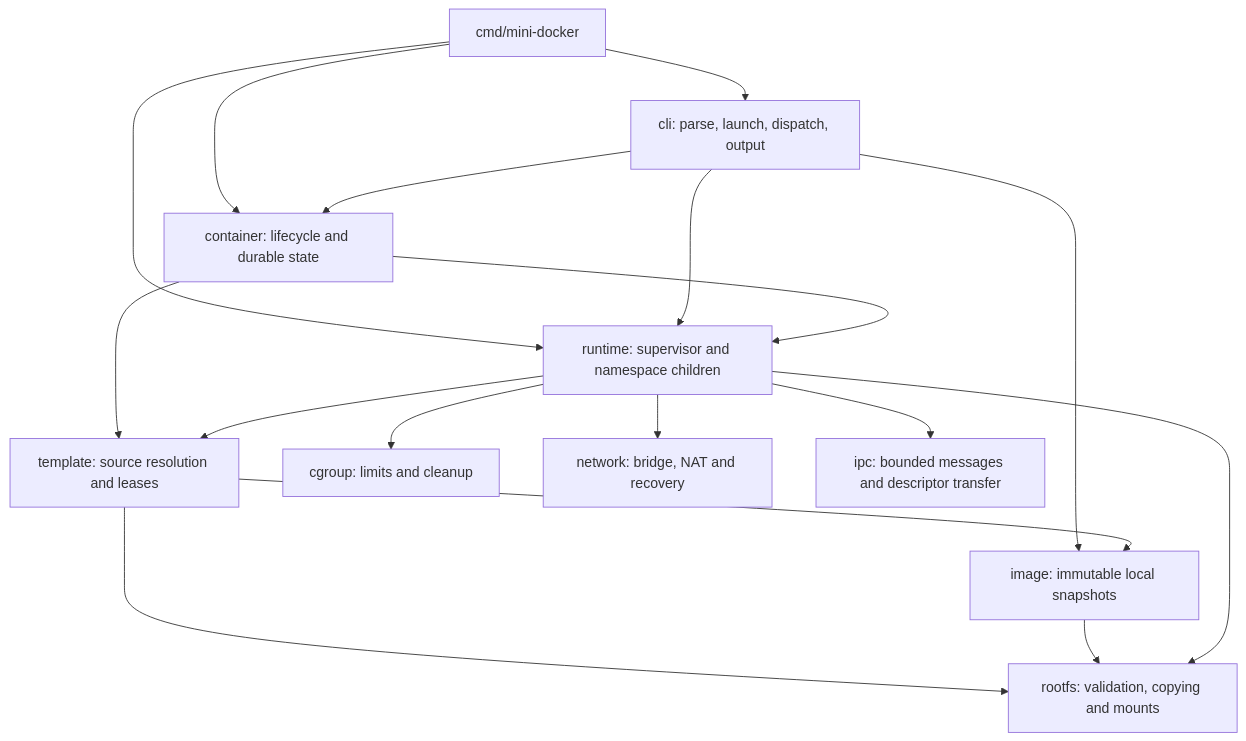
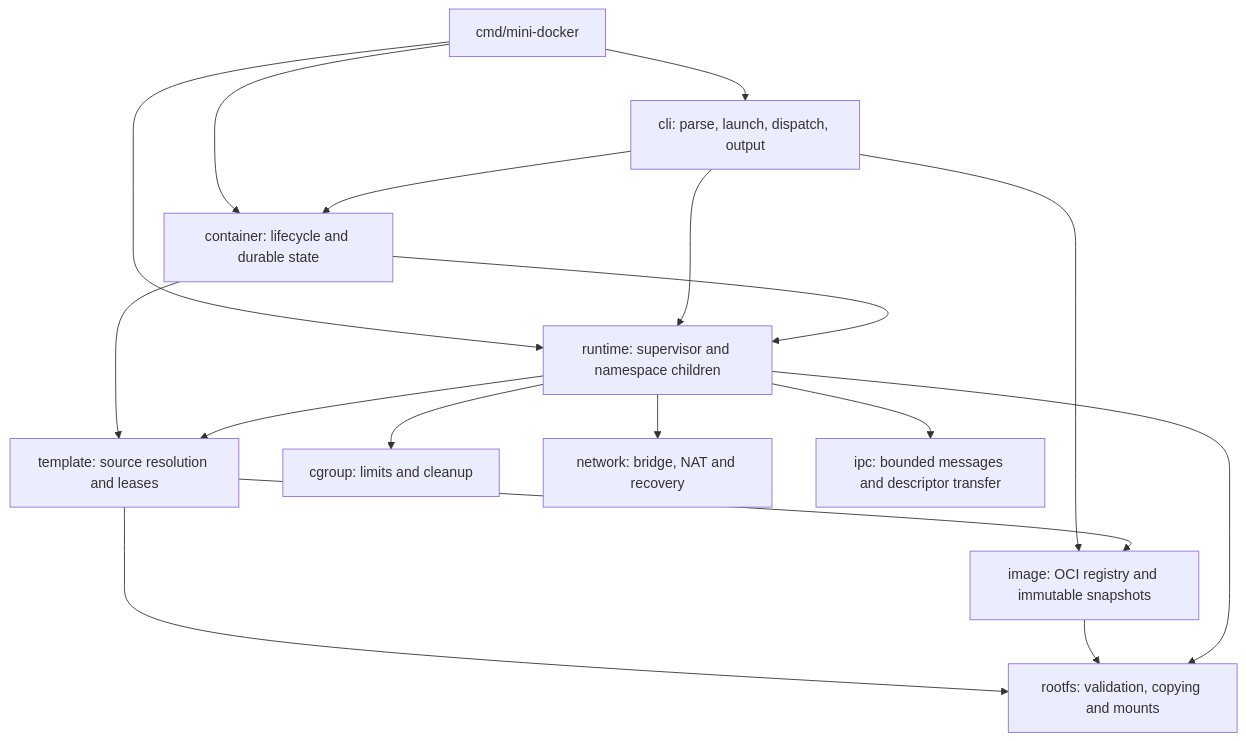
One commit to mingo-liu/casklet changed the second of 2 diagrams in ARCHITECTURE.md. Above: the diagram before and after it, drawn with Mermaid. The commit also changed other lines of this file and 4 other files, not shown here.

````diff
--- a/ARCHITECTURE.md
+++ b/ARCHITECTURE.md
@@ -71,19 +71,19 @@
 ```mermaid
 flowchart TD
     main[cmd/mini-docker] --> cli[cli: parse, launch, dispatch, output]
     main --> container[container: lifecycle and durable state]
     main --> runtime[runtime: supervisor and namespace children]
     cli --> container
     cli --> runtime
-    cli --> image[image: immutable local snapshots]
+    cli --> image[image: OCI registry and immutable snapshots]
     container --> runtime
     container --> template[template: source resolution and leases]
     runtime --> template
     template --> image
     template --> rootfs[rootfs: validation, copying and mounts]
     image --> rootfs
     runtime --> rootfs
     runtime --> cgroup[cgroup: limits and cleanup]
     runtime --> network[network: bridge, NAT and recovery]
     runtime --> ipc[ipc: bounded messages and descriptor transfer]
 ```
````
